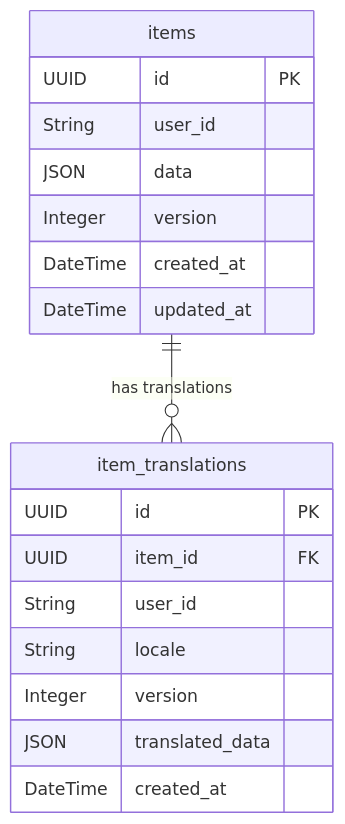
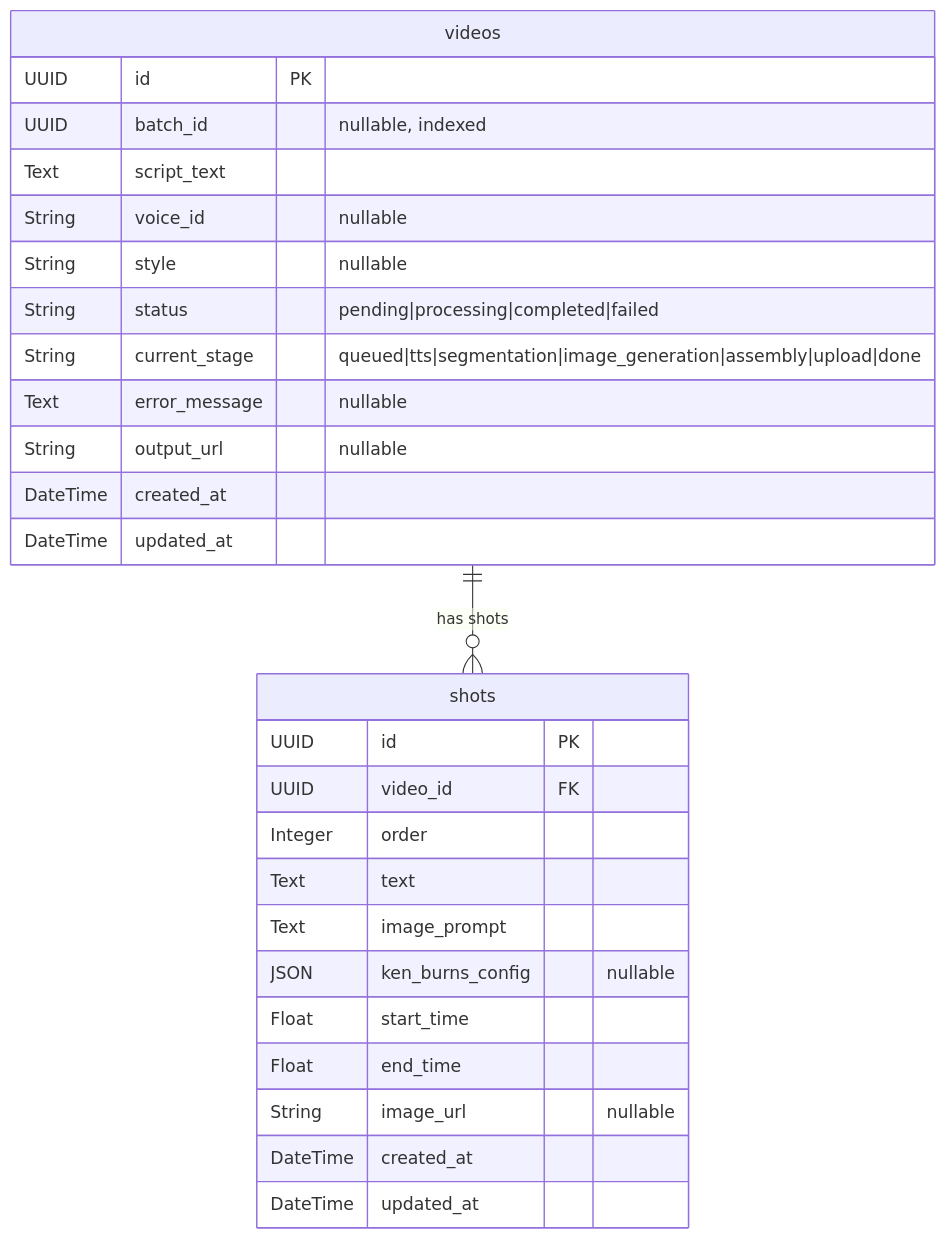
One commit to bernat-leads/Batch_video changed the second of 2 diagrams in apps/mkdocs/docs/reference/database.md. Above: the diagram before and after it, drawn with Mermaid. The commit also changed other lines of this file and 85 other files, not shown here.

````diff
--- a/apps/mkdocs/docs/reference/database.md
+++ b/apps/mkdocs/docs/reference/database.md
@@ -64,23 +31,32 @@
 ```mermaid
 erDiagram
-    items {
+    videos {
         UUID id PK
-        String user_id
-        JSON data
-        Integer version
+        UUID batch_id "nullable, indexed"
+        Text script_text
+        String voice_id "nullable"
+        String style "nullable"
+        String status "pending|processing|completed|failed"
+        String current_stage "queued|tts|segmentation|image_generation|assembly|upload|done"
+        Text error_message "nullable"
+        String output_url "nullable"
         DateTime created_at
         DateTime updated_at
     }
 
-    item_translations {
+    shots {
         UUID id PK
-        UUID item_id FK
-        String user_id
-        String locale
-        Integer version
-        JSON translated_data
+        UUID video_id FK
+        Integer order
+        Text text
+        Text image_prompt
+        JSON ken_burns_config "nullable"
+        Float start_time
+        Float end_time
+        String image_url "nullable"
         DateTime created_at
+        DateTime updated_at
     }
 
-    items ||--o{ item_translations : "has translations"
+    videos ||--o{ shots : "has shots"
 ```
````
